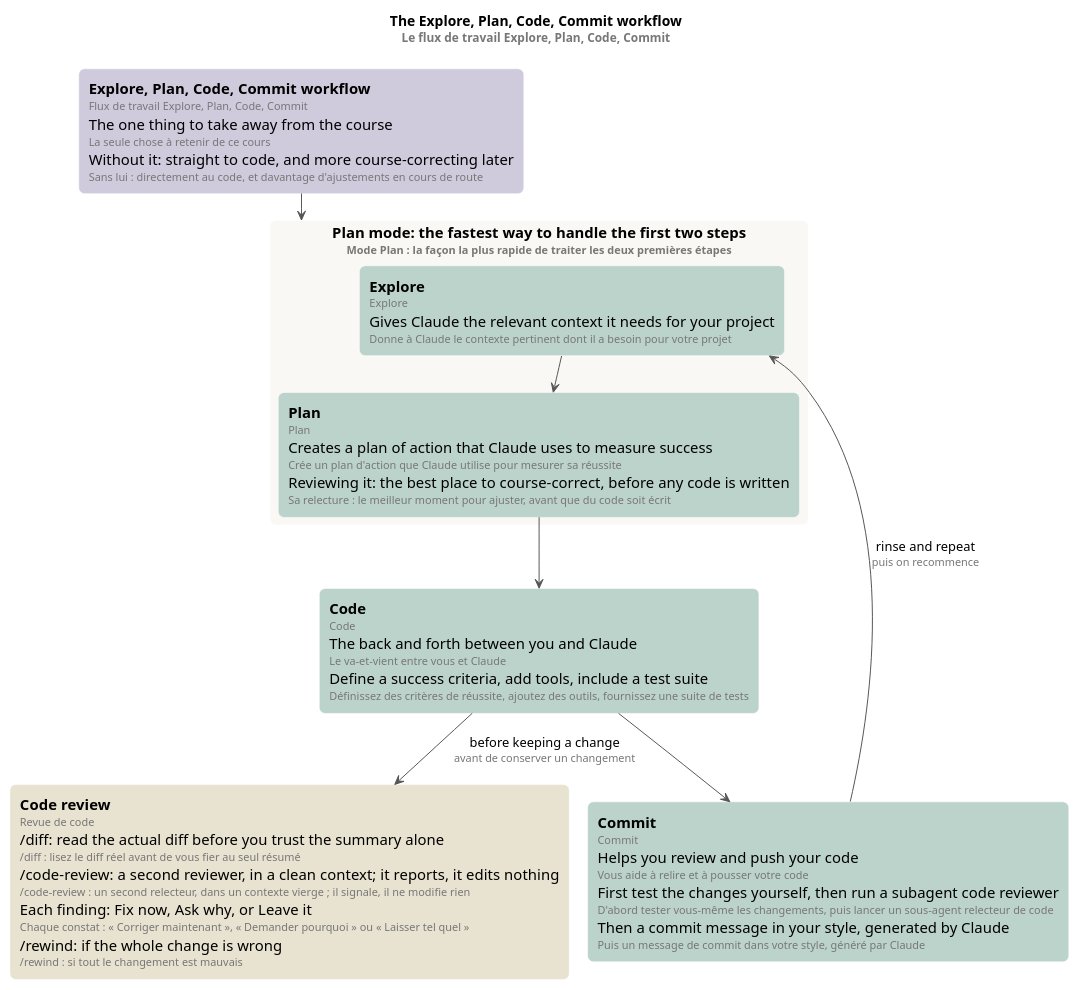
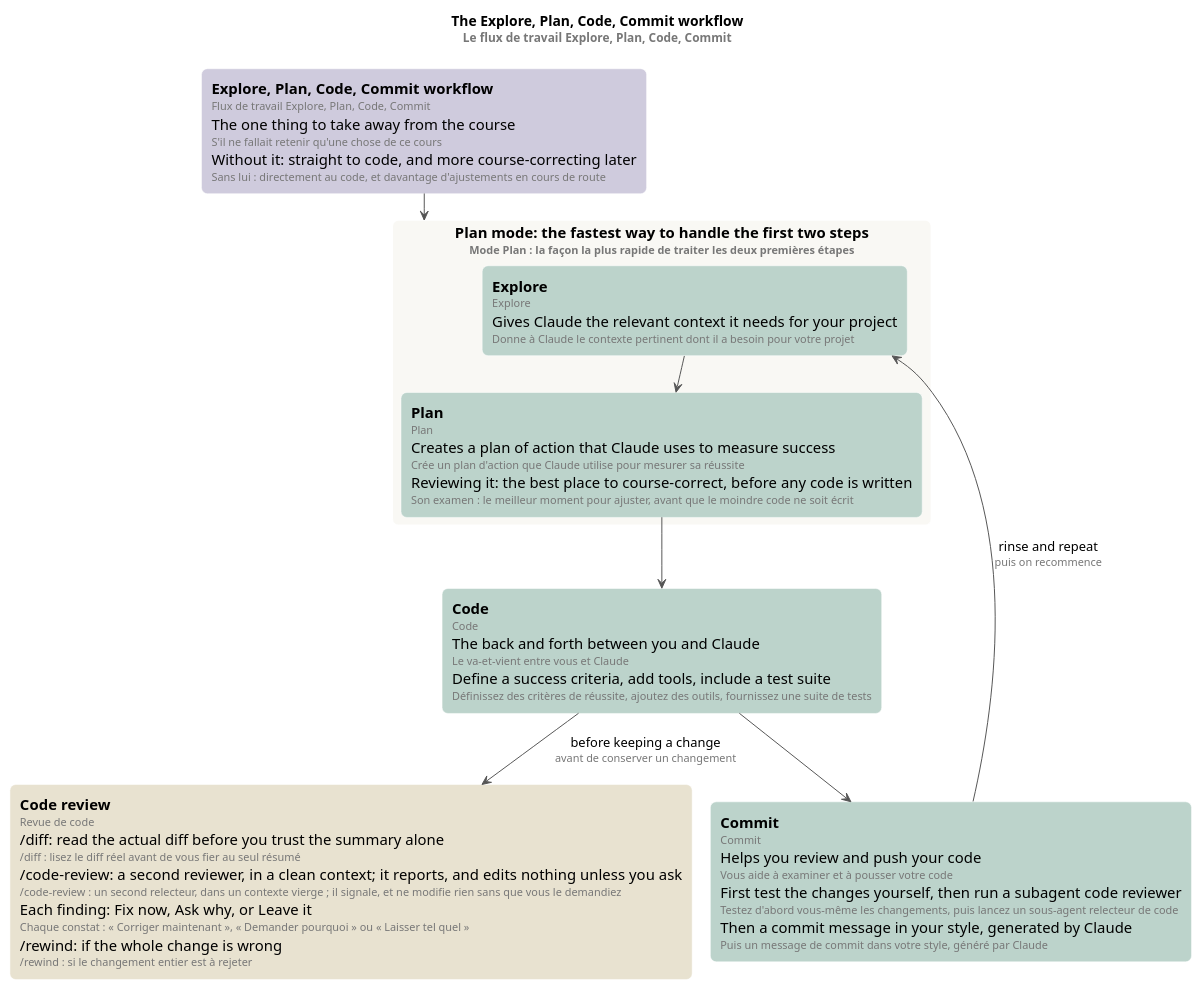
One commit to ltruchot/anthropic-academy-ai-glossary changed the diagram in 06-claude-code-101/mindmap/workflow.puml. Above: the diagram before and after it, drawn with PlantUML. The commit also changed 13 other files, not shown here.

First line of the commit message:
docs: Claude Code 101, a review of every entry and map against the course

```diff
--- a/06-claude-code-101/mindmap/workflow.puml
+++ b/06-claude-code-101/mindmap/workflow.puml
@@ -1,39 +1,39 @@
 @startuml workflow
 ' Rendered with PlantUML, smetana layout (no Graphviz needed).
 !pragma layout smetana
 
 skinparam defaultFontName Helvetica
 skinparam shadowing false
 skinparam roundCorner 12
 skinparam ArrowColor #555555
 skinparam rectangle {
   BorderColor #FFFFFF
   FontSize 15
 }
 <style>
 rectangle {
   MinimumWidth 230
 }
 </style>
 
 title The Explore, Plan, Code, Commit workflow\n<size:12><color:#777>Le flux de travail Explore, Plan, Code, Commit</color></size>
 
-rectangle "**Explore, Plan, Code, Commit workflow**\n<size:11><color:#777>Flux de travail Explore, Plan, Code, Commit</color></size>\nThe one thing to take away from the course\n<size:11><color:#777>La seule chose à retenir de ce cours</color></size>\nWithout it: straight to code, and more course-correcting later\n<size:11><color:#777>Sans lui : directement au code, et davantage d'ajustements en cours de route</color></size>" as WHY #CFCBDD
+rectangle "**Explore, Plan, Code, Commit workflow**\n<size:11><color:#777>Flux de travail Explore, Plan, Code, Commit</color></size>\nThe one thing to take away from the course\n<size:11><color:#777>S'il ne fallait retenir qu'une chose de ce cours</color></size>\nWithout it: straight to code, and more course-correcting later\n<size:11><color:#777>Sans lui : directement au code, et davantage d'ajustements en cours de route</color></size>" as WHY #CFCBDD
 rectangle "**Plan mode: the fastest way to handle the first two steps**\n<size:11><color:#777>Mode Plan : la façon la plus rapide de traiter les deux premières étapes</color></size>" as PM #F9F8F4 {
   rectangle "**Explore**\n<size:11><color:#777>Explore</color></size>\nGives Claude the relevant context it needs for your project\n<size:11><color:#777>Donne à Claude le contexte pertinent dont il a besoin pour votre projet</color></size>" as E #BCD3CB
-  rectangle "**Plan**\n<size:11><color:#777>Plan</color></size>\nCreates a plan of action that Claude uses to measure success\n<size:11><color:#777>Crée un plan d'action que Claude utilise pour mesurer sa réussite</color></size>\nReviewing it: the best place to course-correct, before any code is written\n<size:11><color:#777>Sa relecture : le meilleur moment pour ajuster, avant que du code soit écrit</color></size>" as PL #BCD3CB
+  rectangle "**Plan**\n<size:11><color:#777>Plan</color></size>\nCreates a plan of action that Claude uses to measure success\n<size:11><color:#777>Crée un plan d'action que Claude utilise pour mesurer sa réussite</color></size>\nReviewing it: the best place to course-correct, before any code is written\n<size:11><color:#777>Son examen : le meilleur moment pour ajuster, avant que le moindre code ne soit écrit</color></size>" as PL #BCD3CB
 }
 rectangle "**Code**\n<size:11><color:#777>Code</color></size>\nThe back and forth between you and Claude\n<size:11><color:#777>Le va-et-vient entre vous et Claude</color></size>\nDefine a success criteria, add tools, include a test suite\n<size:11><color:#777>Définissez des critères de réussite, ajoutez des outils, fournissez une suite de tests</color></size>" as CO #BCD3CB
-rectangle "**Commit**\n<size:11><color:#777>Commit</color></size>\nHelps you review and push your code\n<size:11><color:#777>Vous aide à relire et à pousser votre code</color></size>\nFirst test the changes yourself, then run a subagent code reviewer\n<size:11><color:#777>D'abord tester vous-même les changements, puis lancer un sous-agent relecteur de code</color></size>\nThen a commit message in your style, generated by Claude\n<size:11><color:#777>Puis un message de commit dans votre style, généré par Claude</color></size>" as CM #BCD3CB
-rectangle "**Code review**\n<size:11><color:#777>Revue de code</color></size>\n/diff: read the actual diff before you trust the summary alone\n<size:11><color:#777>/diff : lisez le diff réel avant de vous fier au seul résumé</color></size>\n/code-review: a second reviewer, in a clean context; it reports, it edits nothing\n<size:11><color:#777>/code-review : un second relecteur, dans un contexte vierge ; il signale, il ne modifie rien</color></size>\nEach finding: Fix now, Ask why, or Leave it\n<size:11><color:#777>Chaque constat : « Corriger maintenant », « Demander pourquoi » ou « Laisser tel quel »</color></size>\n/rewind: if the whole change is wrong\n<size:11><color:#777>/rewind : si tout le changement est mauvais</color></size>" as REV #E8E2D0
+rectangle "**Commit**\n<size:11><color:#777>Commit</color></size>\nHelps you review and push your code\n<size:11><color:#777>Vous aide à examiner et à pousser votre code</color></size>\nFirst test the changes yourself, then run a subagent code reviewer\n<size:11><color:#777>Testez d'abord vous-même les changements, puis lancez un sous-agent relecteur de code</color></size>\nThen a commit message in your style, generated by Claude\n<size:11><color:#777>Puis un message de commit dans votre style, généré par Claude</color></size>" as CM #BCD3CB
+rectangle "**Code review**\n<size:11><color:#777>Revue de code</color></size>\n/diff: read the actual diff before you trust the summary alone\n<size:11><color:#777>/diff : lisez le diff réel avant de vous fier au seul résumé</color></size>\n/code-review: a second reviewer, in a clean context; it reports, and edits nothing unless you ask\n<size:11><color:#777>/code-review : un second relecteur, dans un contexte vierge ; il signale, et ne modifie rien sans que vous le demandiez</color></size>\nEach finding: Fix now, Ask why, or Leave it\n<size:11><color:#777>Chaque constat : « Corriger maintenant », « Demander pourquoi » ou « Laisser tel quel »</color></size>\n/rewind: if the whole change is wrong\n<size:11><color:#777>/rewind : si le changement entier est à rejeter</color></size>" as REV #E8E2D0
 
 ' The four steps in the course's order; the review of lesson 7 sits before a change is kept.
 ' Explore and Plan sit inside plan mode; Commit loops back to Explore for the next feature.
 WHY --> PM
 E --> PL
 PL --> CO
 CO --> CM
 CM --> E : rinse and repeat\n<size:11><color:#777>puis on recommence</color></size>
 CO --> REV : before keeping a change\n<size:11><color:#777>avant de conserver un changement</color></size>
 
 @enduml
```
